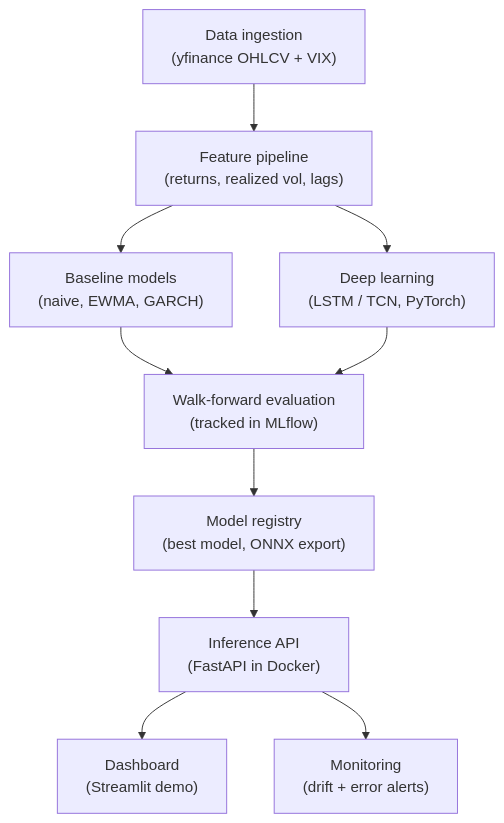
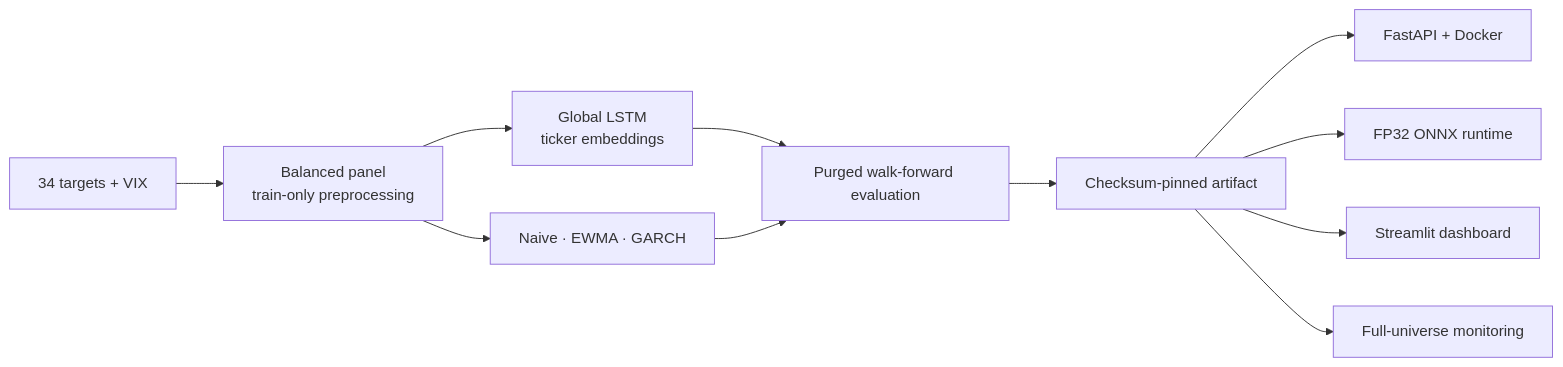
The diagram in docs/BUILD_PLAN.md (ompat5/Volatility-Forecasting-MLOps), drawn with Mermaid before and after one commit. The commit also changed other lines of this file and 45 other files, not shown here.

````diff
--- a/docs/BUILD_PLAN.md
+++ b/docs/BUILD_PLAN.md
@@ -44,12 +12,13 @@
 ```mermaid
-flowchart TD
-    A["Data ingestion<br/>(yfinance OHLCV + VIX)"] --> B["Feature pipeline<br/>(returns, realized vol, lags)"]
-    B --> C["Baseline models<br/>(naive, EWMA, GARCH)"]
-    B --> D["Deep learning<br/>(LSTM / TCN, PyTorch)"]
-    C --> E["Walk-forward evaluation<br/>(tracked in MLflow)"]
+flowchart LR
+    A["34 targets + VIX"] --> B["Balanced panel\ntrain-only preprocessing"]
+    B --> C["Global LSTM\nticker embeddings"]
+    B --> D["Naive · EWMA · GARCH"]
+    C --> E["Purged walk-forward evaluation"]
     D --> E
-    E --> F["Model registry<br/>(best model, ONNX export)"]
-    F --> G["Inference API<br/>(FastAPI in Docker)"]
-    G --> H["Dashboard<br/>(Streamlit demo)"]
-    G --> I["Monitoring<br/>(drift + error alerts)"]
+    E --> F["Checksum-pinned artifact"]
+    F --> G["FastAPI + Docker"]
+    F --> H["FP32 ONNX runtime"]
+    F --> I["Streamlit dashboard"]
+    F --> J["Full-universe monitoring"]
 ```
````
